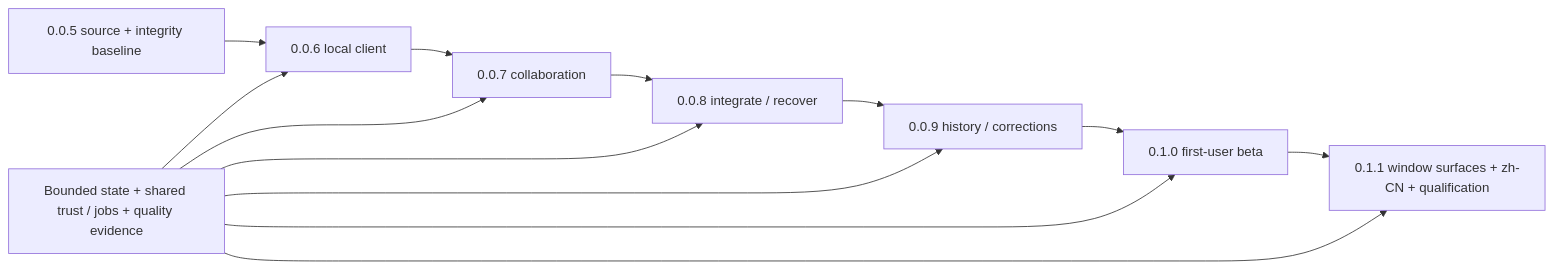
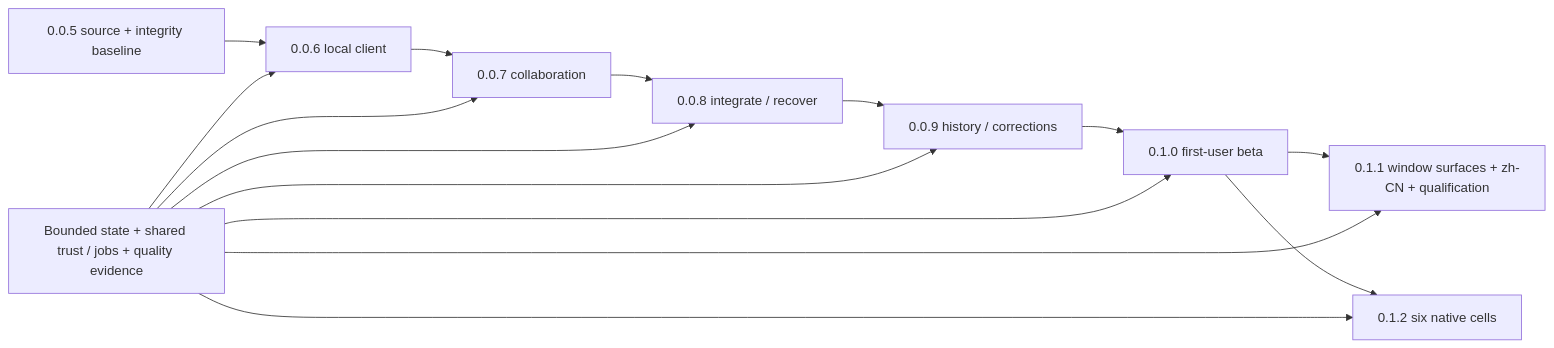
One commit to partnernetsoftware/minicon-srcmgr changed the diagram in plan/roadmap-0.1.0.md. Above: the diagram before and after it, drawn with Mermaid. The commit also changed other lines of this file and 13 other files, not shown here.

First line of the commit message:
feat: build, run and package all six native cells

````diff
--- a/plan/roadmap-0.1.0.md
+++ b/plan/roadmap-0.1.0.md
@@ -19,7 +20,8 @@
 ```mermaid
 flowchart LR
     B["0.0.5 source + integrity baseline"] --> L["0.0.6 local client"]
     L --> N["0.0.7 collaboration"] --> C["0.0.8 integrate / recover"]
     C --> H["0.0.9 history / corrections"] --> U["0.1.0 first-user beta"] --> V["0.1.1 window surfaces + zh-CN + qualification"]
-    Q["Bounded state + shared trust / jobs + quality evidence"] --> L & N & C & H & U & V
+    U --> X["0.1.2 six native cells"]
+    Q["Bounded state + shared trust / jobs + quality evidence"] --> L & N & C & H & U & V & X
 ```
````
